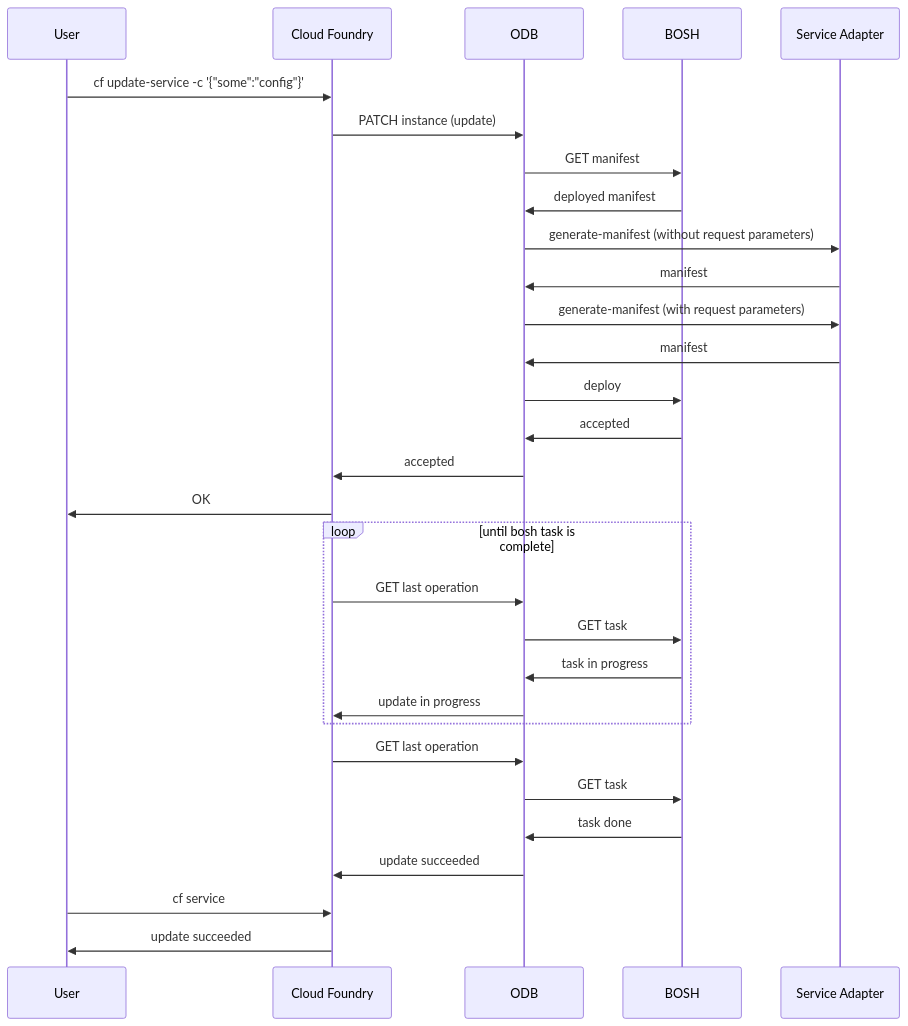
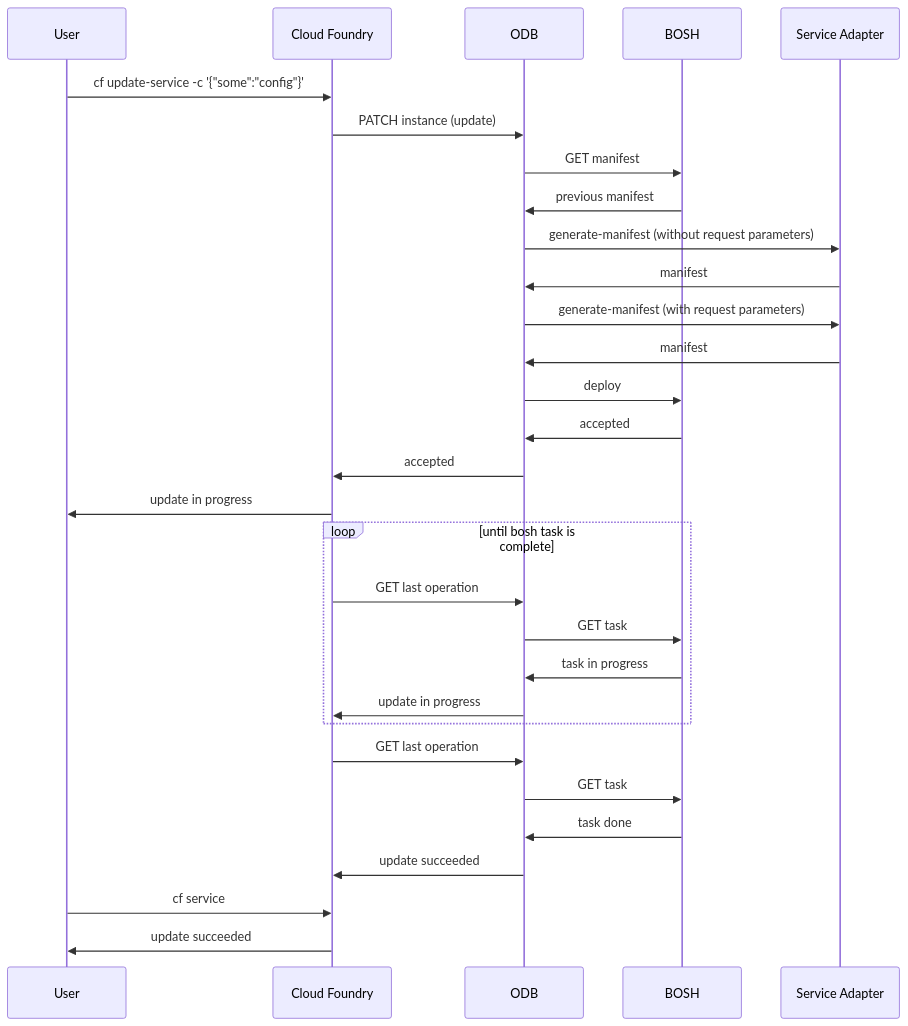
Before and after one commit to pivotal-cf/docs-on-demand-service-broker: the diagram in mmd/update_service_no_pending_changes_workflow.mmd, drawn with Mermaid. The commit also changed 5 other files, not shown here.

First line of the commit message:
Improve sequence diagrams

```diff
--- a/mmd/update_service_no_pending_changes_workflow.mmd
+++ b/mmd/update_service_no_pending_changes_workflow.mmd
@@ -1,27 +1,27 @@
 <div class="mermaid">
   sequenceDiagram
   User->> Cloud Foundry: cf update-service -c '{"some":"config"}'
   Cloud Foundry->> ODB: PATCH instance (update)
   ODB->>BOSH:GET manifest
-  BOSH->>ODB:deployed manifest
+  BOSH->>ODB:previous manifest
   ODB->>Service Adapter: generate-manifest (without request parameters)
   Service Adapter->>ODB: manifest
   ODB->>Service Adapter: generate-manifest (with request parameters)
   Service Adapter->>ODB: manifest
   ODB->>BOSH: deploy
   BOSH->>ODB: accepted
   ODB->>Cloud Foundry: accepted
-  Cloud Foundry->>User: OK
+  Cloud Foundry->>User: update in progress
   loop until bosh task is complete
     Cloud Foundry->>ODB:GET last operation
     ODB->>BOSH:GET task
     BOSH->>ODB:task in progress
     ODB->>Cloud Foundry:update in progress
   end
   Cloud Foundry->>ODB:GET last operation
   ODB->>BOSH:GET task
   BOSH->>ODB:task done
   ODB->>Cloud Foundry:update succeeded
   User->>Cloud Foundry: cf service
   Cloud Foundry->>User: update succeeded
 </div>
```
